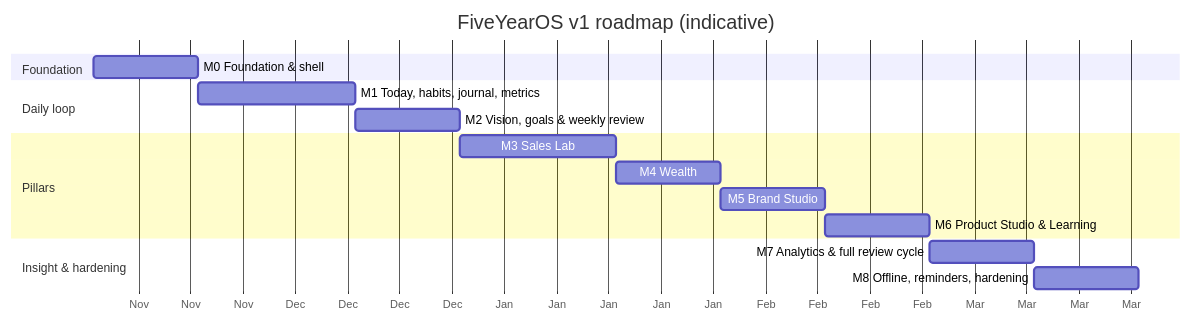
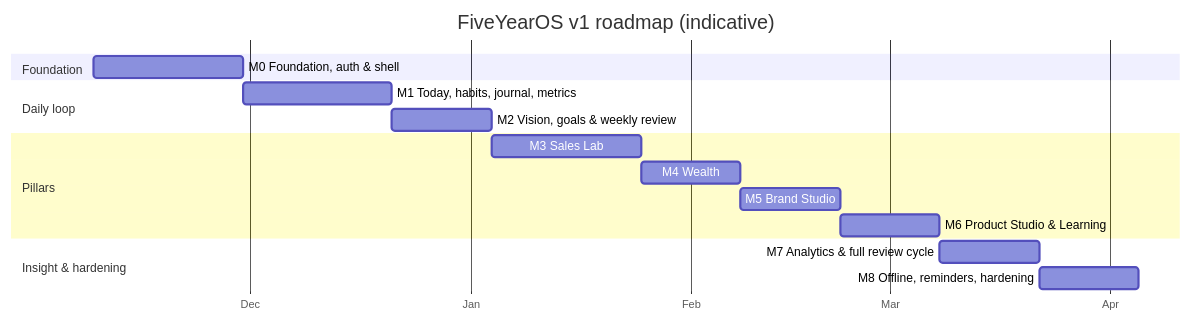
Before and after one commit to farhancc/tracking: the diagram in docs/07-development-milestones.md, drawn with Mermaid. The commit also changed other lines of this file and 9 other files, not shown here.

First line of the commit message:
Switch architecture to Neon Postgres and self-issued JWT auth

````diff
--- a/docs/07-development-milestones.md
+++ b/docs/07-development-milestones.md
@@ -7,19 +7,19 @@
 ```mermaid
 gantt
   title FiveYearOS v1 roadmap (indicative)
   dateFormat YYYY-MM-DD
   axisFormat %b
   section Foundation
-  M0 Foundation & shell          :m0, 2026-11-09, 2w
+  M0 Foundation, auth & shell    :m0, 2026-11-09, 3w
   section Daily loop
   M1 Today, habits, journal, metrics :m1, after m0, 3w
   M2 Vision, goals & weekly review   :m2, after m1, 2w
   section Pillars
   M3 Sales Lab                   :m3, after m2, 3w
   M4 Wealth                      :m4, after m3, 2w
   M5 Brand Studio                :m5, after m4, 2w
   M6 Product Studio & Learning   :m6, after m5, 2w
   section Insight & hardening
   M7 Analytics & full review cycle :m7, after m6, 2w
   M8 Offline, reminders, hardening :m8, after m7, 2w
 ```
````
